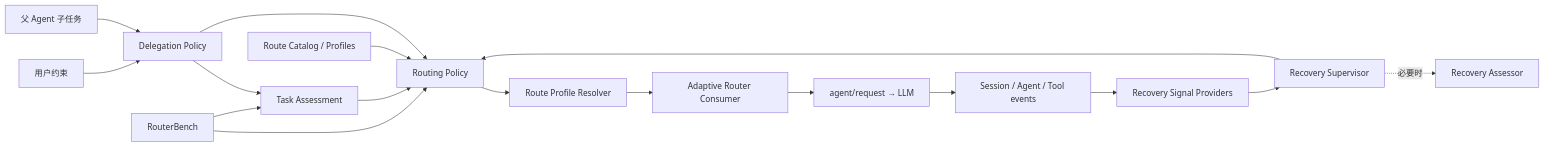
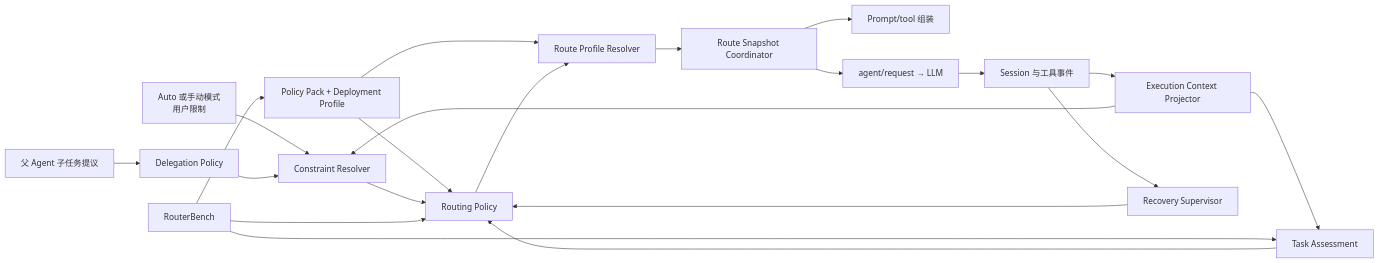
Before and after one commit to cloudman6/dsh-auto-mode: the diagram in docs/zh-CN/architecture.md, drawn with Mermaid. The commit also changed other lines of this file and 44 other files, not shown here.

````diff
--- a/docs/zh-CN/architecture.md
+++ b/docs/zh-CN/architecture.md
@@ -25,20 +27,23 @@
 ```mermaid
 flowchart LR
-    U["用户约束"] --> D["Delegation Policy"]
-    P["父 Agent 子任务"] --> D
-    D --> A["Task Assessment"]
-    A --> R["Routing Policy"]
-    D --> R
-    C["Route Catalog / Profiles"] --> R
-    R --> X["Route Profile Resolver"]
-    X --> Q["Adaptive Router Consumer"]
+    U["Auto 或手动模式\n用户限制"] --> C["Constraint Resolver"]
+    P["父 Agent 子任务提议"] --> D["Delegation Policy"]
+    D --> C
+    E["Session 与工具事件"] --> X["Execution Context Projector"]
+    X --> A["Task Assessment"]
+    X --> C
+    W["Policy Pack + Deployment Profile"] --> R["Routing Policy"]
+    W --> V["Route Profile Resolver"]
+    A --> R
+    C --> R
+    S["Recovery Supervisor"] --> R
+    R --> V
+    V --> Q["Route Snapshot Coordinator"]
+    Q --> M["Prompt/tool 组装"]
     Q --> L["agent/request → LLM"]
-
-    L --> E["Session / Agent / Tool events"]
-    E --> S["Recovery Signal Providers"]
-    S --> V["Recovery Supervisor"]
-    V --> R
-    V -.必要时.-> M["Recovery Assessor"]
-    B["RouterBench"] --> R
+    L --> E
+    E --> S
+    B["RouterBench"] --> W
     B --> A
+    B --> R
 ```
````
